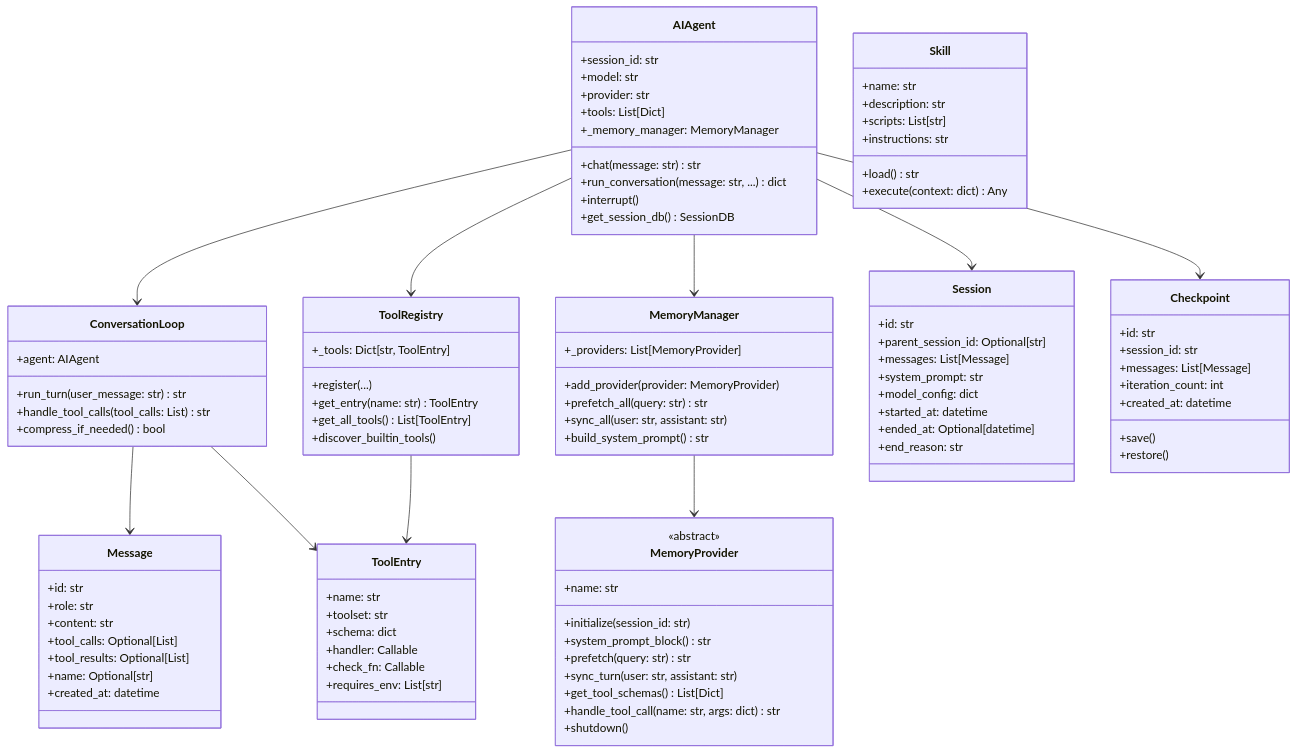
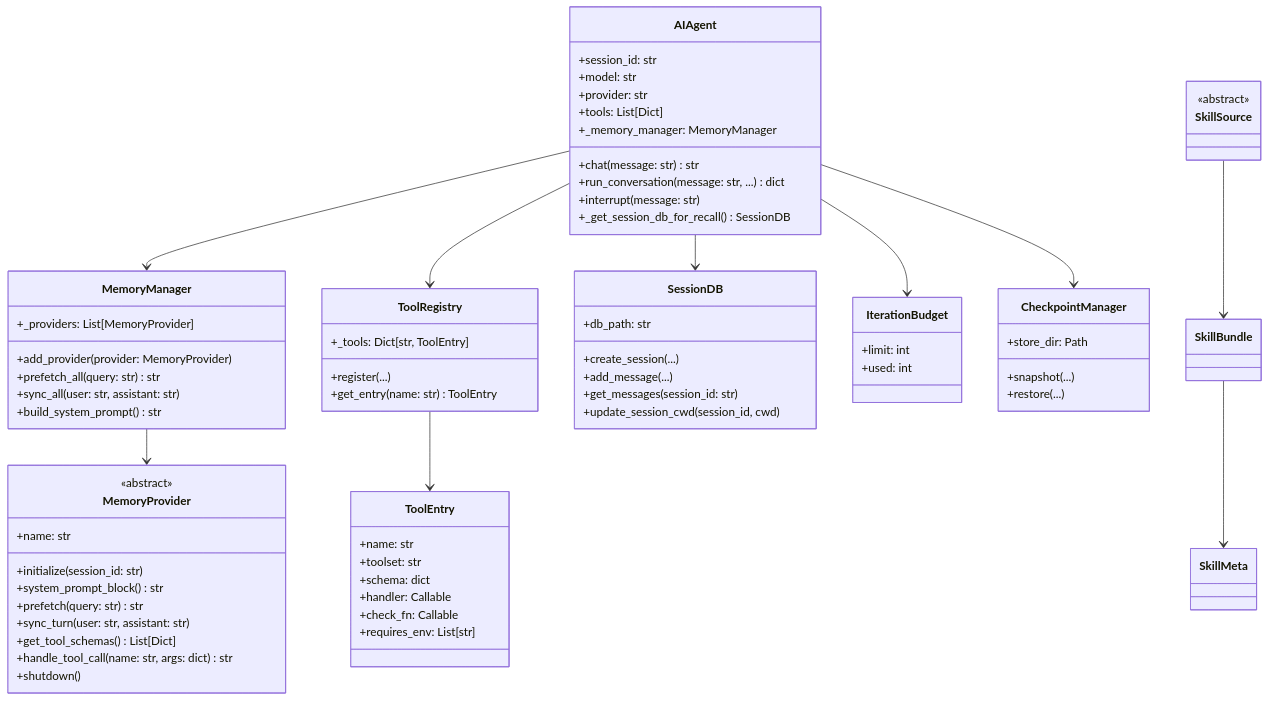
One commit to SpaceX-mit/hermes-agent-handbook changed the second of 3 diagrams in docs/architecture-analysis/03-核心对象模型分析.md. Above: the diagram before and after it, drawn with Mermaid. The commit also changed other lines of this file and 15 other files, not shown here.

First line of the commit message:
fix(analysis): ground architecture docs in real source code

````diff
--- a/docs/architecture-analysis/03-核心对象模型分析.md
+++ b/docs/architecture-analysis/03-核心对象模型分析.md
@@ -51,34 +51,26 @@
         +provider: str
         +tools: List[Dict]
         +_memory_manager: MemoryManager
-        
+
         +chat(message: str) str
         +run_conversation(message: str, ...) dict
-        +interrupt()
-        +get_session_db() SessionDB
+        +interrupt(message: str)
+        +_get_session_db_for_recall() SessionDB
     }
-    
-    class ConversationLoop {
-        +agent: AIAgent
-        
-        +run_turn(user_message: str) str
-        +handle_tool_calls(tool_calls: List) str
-        +compress_if_needed() bool
-    }
-    
+
     class MemoryManager {
         +_providers: List[MemoryProvider]
-        
+
         +add_provider(provider: MemoryProvider)
         +prefetch_all(query: str) str
         +sync_all(user: str, assistant: str)
         +build_system_prompt() str
     }
-    
+
     class MemoryProvider {
         <<abstract>>
         +name: str
-        
+
         +initialize(session_id: str)
         +system_prompt_block() str
         +prefetch(query: str) str
@@ -87,16 +79,14 @@
         +handle_tool_call(name: str, args: dict) str
         +shutdown()
     }
-    
+
     class ToolRegistry {
         +_tools: Dict[str, ToolEntry]
-        
+
         +register(...)
         +get_entry(name: str) ToolEntry
-        +get_all_tools() List[ToolEntry]
-        +discover_builtin_tools()
     }
-    
+
     class ToolEntry {
         +name: str
         +toolset: str
@@ -105,57 +95,42 @@
         +check_fn: Callable
         +requires_env: List[str]
     }
-    
-    class Session {
-        +id: str
-        +parent_session_id: Optional[str]
-        +messages: List[Message]
-        +system_prompt: str
-        +model_config: dict
-        +started_at: datetime
-        +ended_at: Optional[datetime]
-        +end_reason: str
+
+    class SessionDB {
+        +db_path: str
+
+        +create_session(...)
+        +add_message(...)
+        +get_messages(session_id: str)
+        +update_session_cwd(session_id, cwd)
     }
-    
-    class Message {
-        +id: str
-        +role: str
-        +content: str
-        +tool_calls: Optional[List]
-        +tool_results: Optional[List]
-        +name: Optional[str]
-        +created_at: datetime
+
+    class IterationBudget {
+        +limit: int
+        +used: int
     }
-    
-    class Skill {
-        +name: str
-        +description: str
-        +scripts: List[str]
-        +instructions: str
-        
-        +load() str
-        +execute(context: dict) Any
+
+    class CheckpointManager {
+        +store_dir: Path
+
+        +snapshot(...)
+        +restore(...)
     }
-    
-    class Checkpoint {
-        +id: str
-        +session_id: str
-        +messages: List[Message]
-        +iteration_count: int
-        +created_at: datetime
-        
-        +save()
-        +restore()
+
+    class SkillSource {
+        <<abstract>>
     }
-    
-    AIAgent --> ConversationLoop
+    class SkillBundle
+    class SkillMeta
+
     AIAgent --> MemoryManager
     AIAgent --> ToolRegistry
-    AIAgent --> Session
-    AIAgent --> Checkpoint
-    
+    AIAgent --> SessionDB
+    AIAgent --> IterationBudget
+    AIAgent --> CheckpointManager
+
     MemoryManager --> MemoryProvider
-    ConversationLoop --> Message
-    ConversationLoop --> ToolEntry
     ToolRegistry --> ToolEntry
+    SkillSource --> SkillBundle
+    SkillBundle --> SkillMeta
 ```
````
